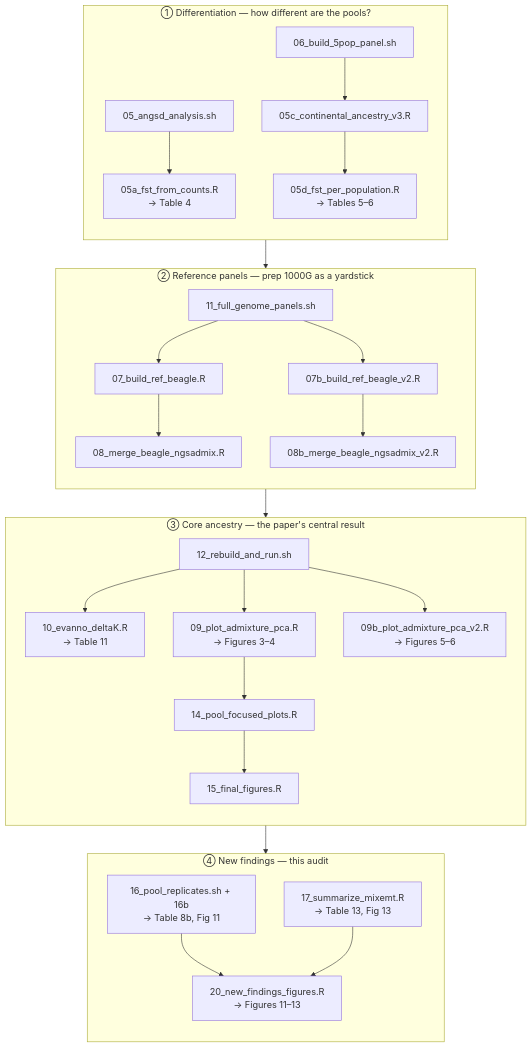
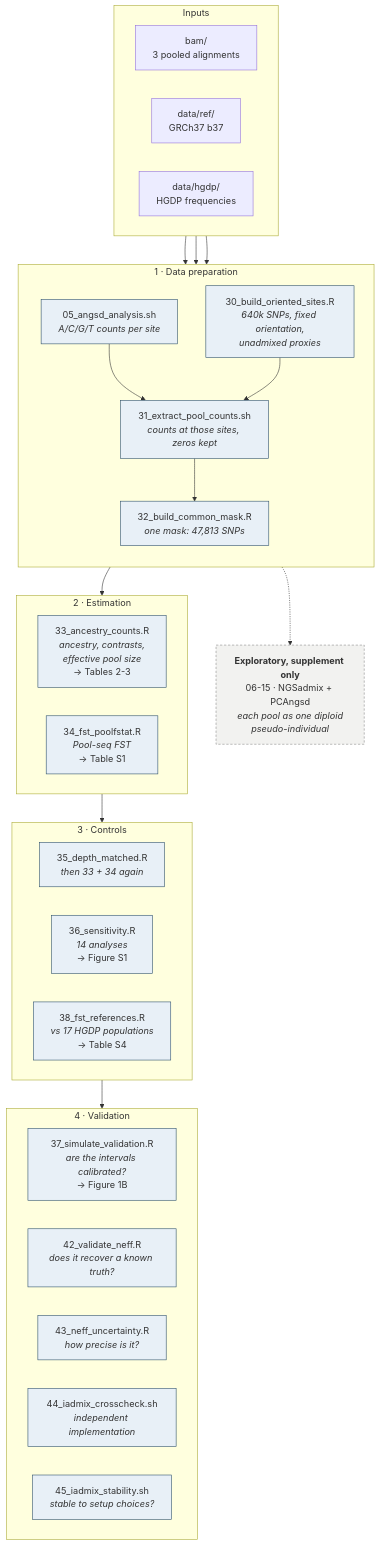
Before and after one commit to daniel00004bolivar/Ancestry_p: the diagram in bin/README_VIGENTE.md, drawn with Mermaid. The commit also changed other lines of this file and 10 other files, not shown here.

````diff
--- a/bin/README_VIGENTE.md
+++ b/bin/README_VIGENTE.md
@@ -17,31 +12,56 @@
 ```mermaid
 flowchart TD
-    subgraph S1["① Differentiation — how different are the pools?"]
-        direction TB
-        s1a["05_angsd_analysis.sh"] --> s1b["05a_fst_from_counts.R<br/>→ Table 4"]
-        s1c["06_build_5pop_panel.sh"] --> s1d["05c_continental_ancestry_v3.R"] --> s1e["05d_fst_per_population.R<br/>→ Tables 5–6"]
+    subgraph IN[" Inputs "]
+        direction LR
+        BAM["bam/<br/>3 pooled alignments"]
+        REF["data/ref/<br/>GRCh37 b37"]
+        HGDP["data/hgdp/<br/>HGDP frequencies"]
     end
 
-    subgraph S2["② Reference panels — prep 1000G as a yardstick"]
+    subgraph PREP["1 · Data preparation"]
         direction TB
-        s2a["11_full_genome_panels.sh"] --> s2b["07_build_ref_beagle.R"] --> s2d["08_merge_beagle_ngsadmix.R"]
-        s2a --> s2c["07b_build_ref_beagle_v2.R"] --> s2e["08b_merge_beagle_ngsadmix_v2.R"]
+        S05["05_angsd_analysis.sh<br/><i>A/C/G/T counts per site</i>"]
+        S30["30_build_oriented_sites.R<br/><i>640k SNPs, fixed orientation,<br/>unadmixed proxies</i>"]
+        S31["31_extract_pool_counts.sh<br/><i>counts at those sites, zeros kept</i>"]
+        S32["32_build_common_mask.R<br/><i>one mask: 47,813 SNPs</i>"]
+        S05 --> S31
+        S30 --> S31 --> S32
     end
 
-    subgraph S3["③ Core ancestry — the paper's central result"]
-        direction TB
-        s3a["12_rebuild_and_run.sh"] --> s3b["10_evanno_deltaK.R<br/>→ Table 11"]
-        s3a --> s3c["09_plot_admixture_pca.R<br/>→ Figures 3–4"] --> s3e["14_pool_focused_plots.R"] --> s3f["15_final_figures.R"]
-        s3a --> s3d["09b_plot_admixture_pca_v2.R<br/>→ Figures 5–6"]
+    subgraph EST["2 · Estimation"]
+        direction LR
+        S33["33_ancestry_counts.R<br/><i>ancestry, contrasts,<br/>effective pool size</i><br/>→ Tables 2-3"]
+        S34["34_fst_poolfstat.R<br/><i>Pool-seq FST</i><br/>→ Table S1"]
     end
 
-    subgraph S4["④ New findings — this audit"]
-        direction TB
-        s4a["16_pool_replicates.sh + 16b<br/>→ Table 8b, Fig 11"]
-        s4b["17_summarize_mixemt.R<br/>→ Table 13, Fig 13"]
-        s4a --> s4c["20_new_findings_figures.R<br/>→ Figures 11–13"]
-        s4b --> s4c
+    subgraph CTRL["3 · Controls"]
+        direction LR
+        S35["35_depth_matched.R<br/><i>then 33 + 34 again</i>"]
+        S36["36_sensitivity.R<br/><i>14 analyses</i><br/>→ Figure S1"]
+        S38["38_fst_references.R<br/><i>vs 17 HGDP populations</i><br/>→ Table S4"]
     end
 
-    S1 --> S2 --> S3 --> S4
+    subgraph VAL["4 · Validation"]
+        direction LR
+        S37["37_simulate_validation.R<br/><i>are the intervals calibrated?</i><br/>→ Figure 1B"]
+        S42["42_validate_neff.R<br/><i>does it recover a known truth?</i>"]
+        S43["43_neff_uncertainty.R<br/><i>how precise is it?</i>"]
+        S44["44_iadmix_crosscheck.sh<br/><i>independent implementation</i>"]
+        S45["45_iadmix_stability.sh<br/><i>stable to setup choices?</i>"]
+    end
+
+    BAM --> S05
+    REF --> S30
+    HGDP --> S30
+    S32 --> EST
+    EST --> CTRL
+    CTRL --> VAL
+
+    EXP["<b>Exploratory, supplement only</b><br/>06-15 · NGSadmix + PCAngsd<br/><i>each pool as one diploid<br/>pseudo-individual</i>"]
+    S05 -.-> EXP
+
+    classDef main fill:#e8f0f7,stroke:#2a4d69
+    classDef expl fill:#f2f2f0,stroke:#888,stroke-dasharray:4 3
+    class S05,S30,S31,S32,S33,S34,S35,S36,S37,S38,S42,S43,S44,S45 main
+    class EXP expl
 ```
````
